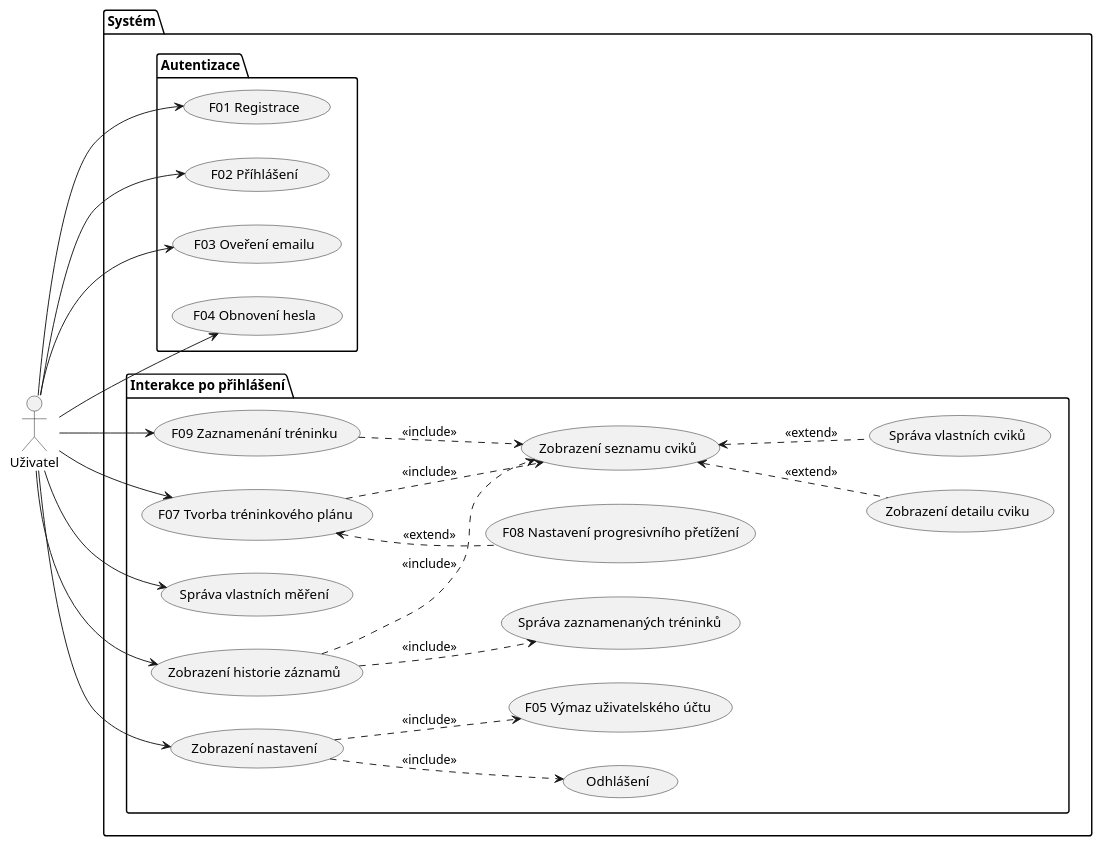
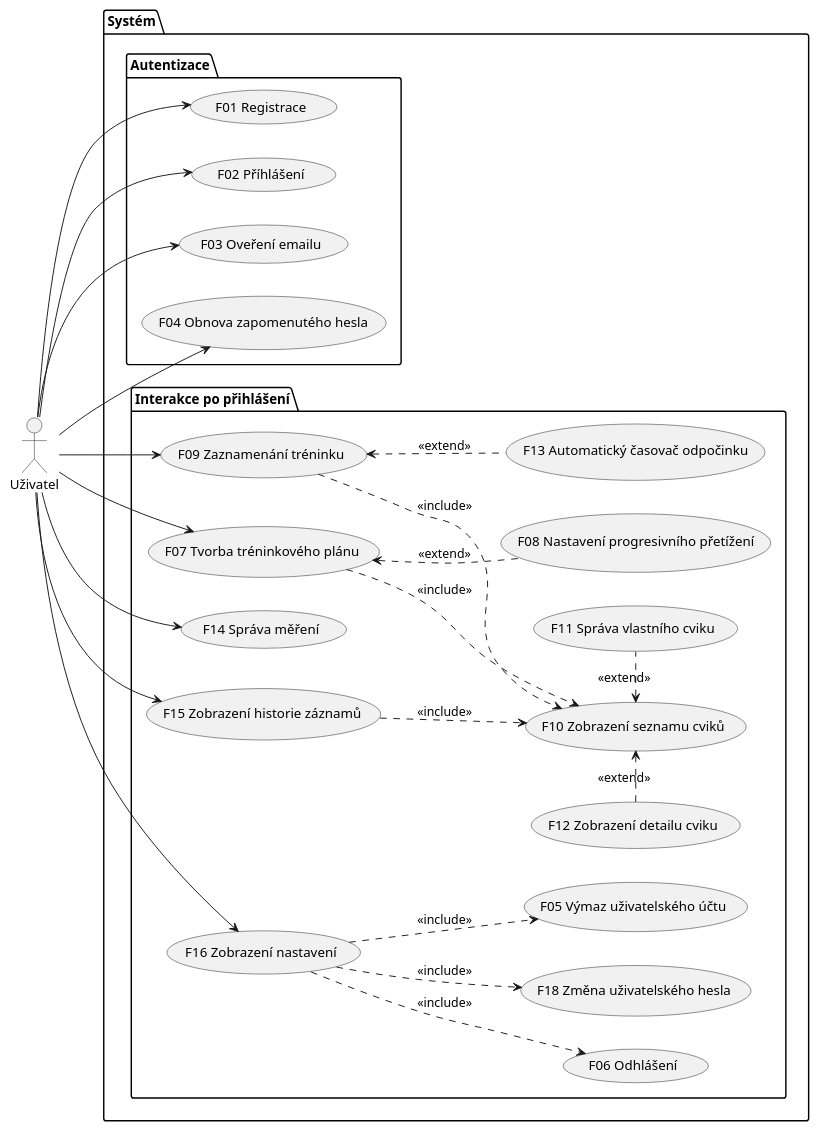
Before and after one commit to JakubHerr/GitFit: the diagram in docs/UseCaseDiagram.puml, drawn with PlantUML.

Commit message:
Fix use case diagram

```diff
--- a/docs/UseCaseDiagram.puml
+++ b/docs/UseCaseDiagram.puml
@@ -1,59 +1,61 @@
 @startuml
 'https://plantuml.com/use-case-diagram
 left to right direction
 
 actor Uživatel as User
 
 package Systém {
     package Autentizace {
         (F01 Registrace) as (Register)
         (F02 Příhlášení) as (Login)
         (F03 Oveření emailu) as (Verify)
-        (F04 Obnovení hesla) as (Reset)
+        (F04 Obnova zapomenutého hesla) as (Reset)
     }
 
     package "Interakce po přihlášení" {
         (F09 Zaznamenání tréninku) as (Record)
         (F07 Tvorba tréninkového plánu) as (Plan)
-        (Správa vlastních měření) as (Measure)
-        (Zobrazení historie záznamů) as (ShowHistory)
-        (Zobrazení nastavení) as (Settings)
+        (F14 Správa měření) as (Measure)
+        (F15 Zobrazení historie záznamů) as (ShowHistory)
+        (F16 Zobrazení nastavení) as (Settings)
 
         (F05 Výmaz uživatelského účtu) as (Delete)
 
-        (Zobrazení seznamu cviků) as (ShowExercise)
-        (Zobrazení detailu cviku) as (ShowDetail)
-        (Správa vlastních cviků) as (CustomExercise)
+        (F10 Zobrazení seznamu cviků) as (ShowExercise)
+        (F11 Správa vlastního cviku) as (CustomExercise)
+        (F12 Zobrazení detailu cviku) as (ShowDetail)
 
-        (Správa zaznamenaných tréninků) as (WorkoutHistory)
+        (F13 Automatický časovač odpočinku) as (Timer)
 
         (F08 Nastavení progresivního přetížení) as (Overload)
-        (Odhlášení) as (Logout)
+        (F06 Odhlášení) as (Logout)
+        (F18 Změna uživatelského hesla) as (ChangePassword)
     }
 }
-
 
 User --> (Login)
 User --> (Register)
 User --> (Verify)
 User --> (Reset)
-
-(Settings) -.> (Delete) : <<include>>
-(Settings) -.> (Logout) : <<include>>
 
 User --> (Record)
 User --> (Plan)
 User --> (ShowHistory)
 User --> (Measure)
 User --> (Settings)
 
 (Record) -.> (ShowExercise) : <<include>>
 (Plan) -.> (ShowExercise) : <<include>>
-(ShowHistory) -.> (ShowExercise) : <<include>>
-(ShowHistory) -.> (WorkoutHistory) : <<include>>
+(ShowHistory) .-> (ShowExercise) : <<include>>
 
-(ShowExercise) <.- (ShowDetail) : <<extend>>
-(ShowExercise) <.- (CustomExercise) : <<extend>>
+(Record) <.- (Timer) : <<extend>>
+
+(ShowExercise) <.left. (ShowDetail) : <<extend>>
+(ShowExercise) <. (CustomExercise) : <<extend>>
 
 (Plan) <-. (Overload) : <<extend>>
+
+(Settings) -.> (Delete) : <<include>>
+(Settings) -.> (Logout) : <<include>>
+(Settings) -.> (ChangePassword) : <<include>>
 @enduml
```
